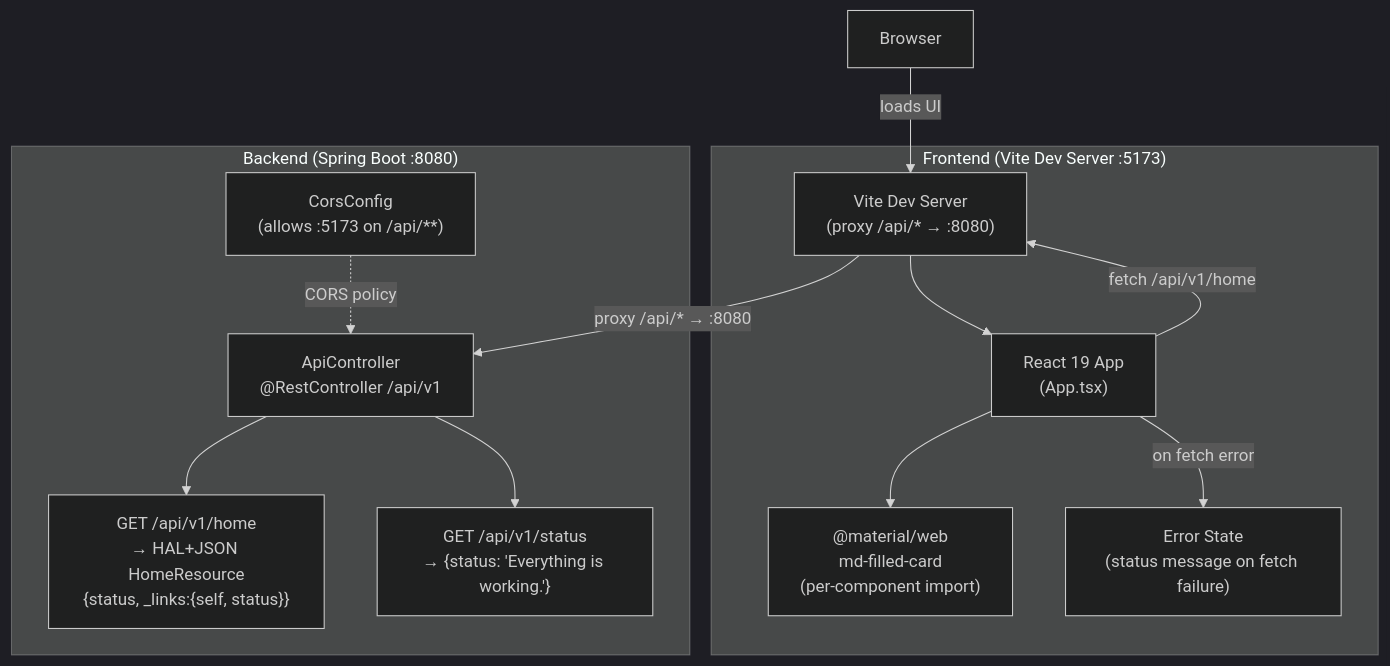
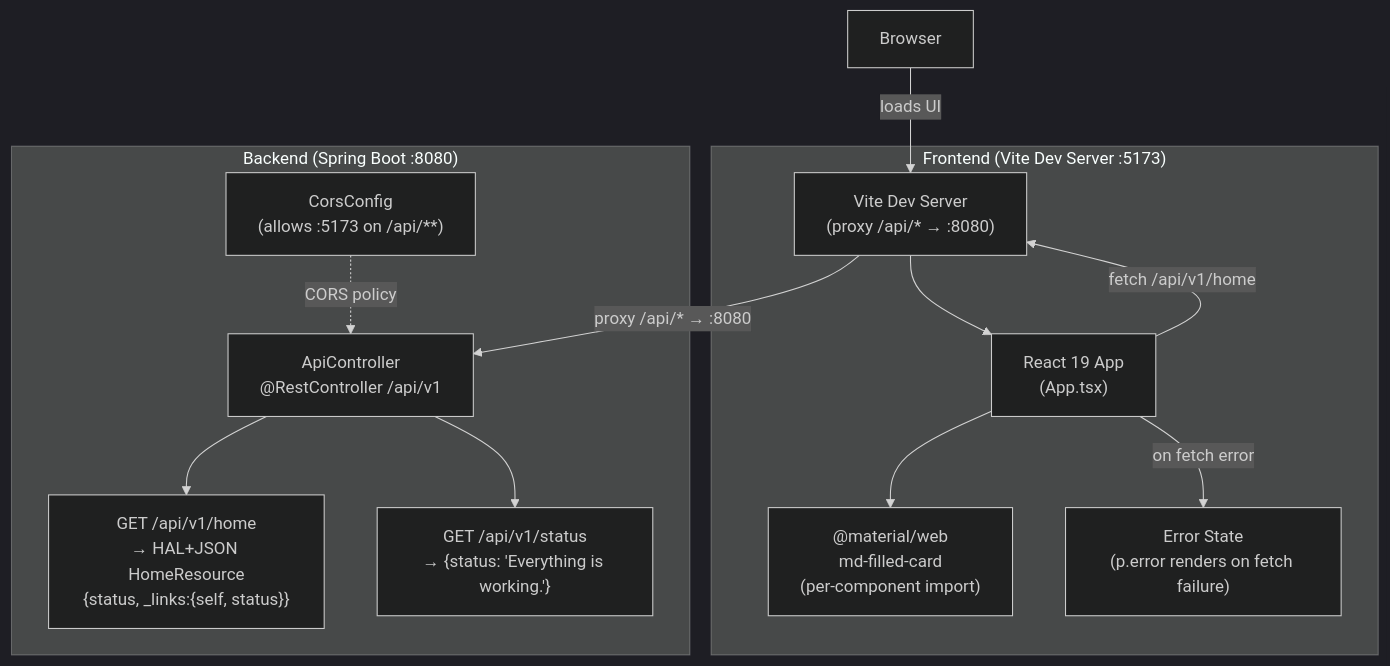
The diagram in docs/diagrams/architecture.md (VoidfulDawn/Encounters_of_the_Void), drawn with Mermaid (dark theme) before and after one commit. The commit also changed other lines of this file and 2 other files, not shown here.

First line of the commit message:
docs: correct error-state descriptions in architecture diagrams

````diff
--- a/docs/diagrams/architecture.md
+++ b/docs/diagrams/architecture.md
@@ -5,28 +5,28 @@
 ```mermaid
 graph TD
     Browser["Browser"]
 
     subgraph Frontend ["Frontend (Vite Dev Server :5173)"]
         Vite["Vite Dev Server\n(proxy /api/* → :8080)"]
         React["React 19 App\n(App.tsx)"]
         MWC["@material/web\nmd-filled-card\n(per-component import)"]
-        ErrorState["Error State\n(status message on fetch failure)"]
+        ErrorState["Error State\n(p.error renders on fetch failure)"]
     end
 
     subgraph Backend ["Backend (Spring Boot :8080)"]
         Controller["ApiController\n@RestController /api/v1"]
         HomeEP["GET /api/v1/home\n→ HAL+JSON HomeResource\n{status, _links:{self, status}}"]
         StatusEP["GET /api/v1/status\n→ {status: 'Everything is working.'}"]
         CorsConfig["CorsConfig\n(allows :5173 on /api/**)"]
     end
 
     Browser -->|"loads UI"| Vite
     Vite --> React
     React --> MWC
     React -->|"fetch /api/v1/home"| Vite
     Vite -->|"proxy /api/* → :8080"| Controller
     Controller --> HomeEP
     Controller --> StatusEP
     CorsConfig -.->|"CORS policy"| Controller
     React -->|"on fetch error"| ErrorState
 ```
````
